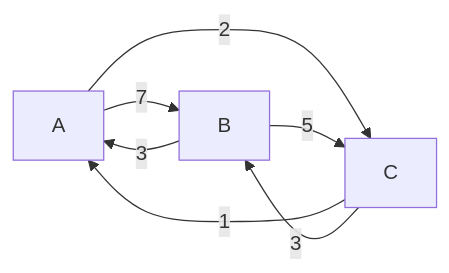
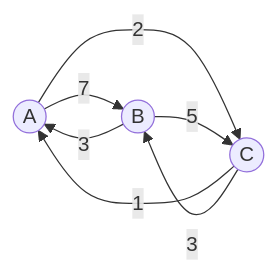
Before and after one commit to rabestro/graph-pathfinding-algorithms: the first of 3 diagrams in README.md, drawn with Mermaid. The commit also changed other lines of this file and 2 other files, not shown here.

First line of the commit message:
add graph2mermaid.awk

````diff
--- a/README.md
+++ b/README.md
@@ -84,9 +90,12 @@
 ```mermaid
 flowchart LR
-    A --> |7| B
-    A --> |2| C
-    B --> |3| A
-    B --> |5| C
-    C --> |1| A
-    C --> |3| B
+    A((A))
+    B((B))
+    C((C))
+    A -->|7| B
+    A -->|2| C
+    B -->|3| A
+    B -->|5| C
+    C -->|1| A
+    C -->|3| B
 ```
````
